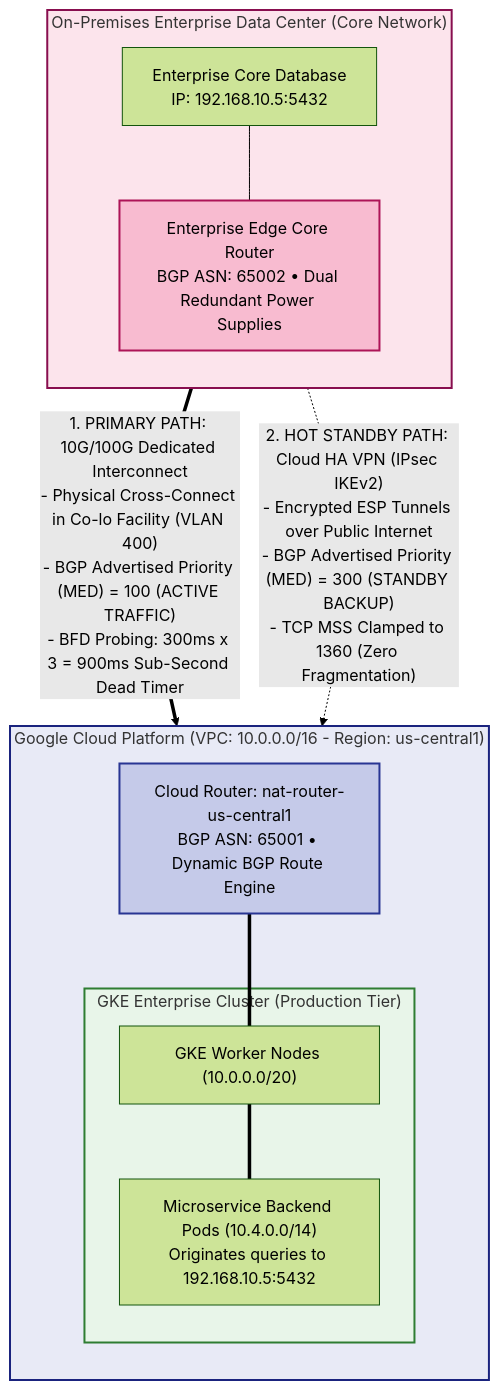
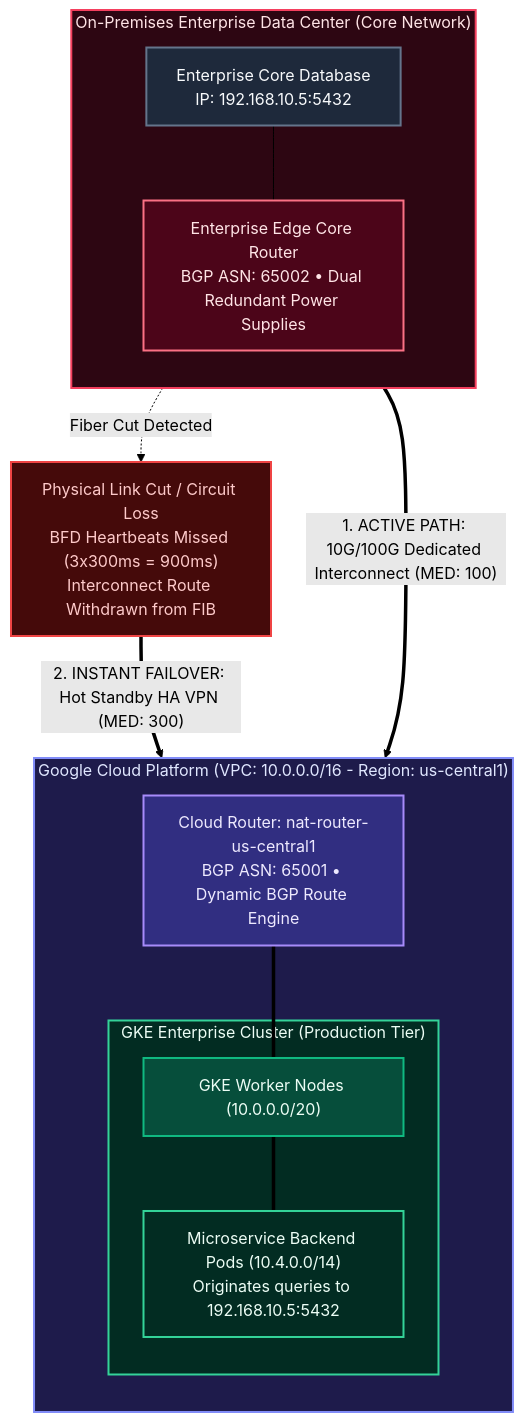
Diagram 11 of 15 in kubernetes/networking-shell-command.md (Chief-Strategist-J/gcd), drawn with Mermaid (forest theme) before and after one commit. The commit also changed other lines of this file, not shown here.

Commit message:
fix(mermaid): resolve syntax parse errors and apply dark theme colors with clear error pathways

````diff
--- a/kubernetes/networking-shell-command.md
+++ b/kubernetes/networking-shell-command.md
@@ -1686,32 +1706,38 @@
 ```mermaid
 graph TB
     subgraph ONPREM["On-Premises Enterprise Data Center (Core Network)"]
         direction TB
         OnPremRouter["Enterprise Edge Core Router<br/>BGP ASN: 65002 • Dual Redundant Power Supplies"]
         OnPremDB["Enterprise Core Database<br/>IP: 192.168.10.5:5432"]
         OnPremDB --- OnPremRouter
     end
 
     subgraph GCP["Google Cloud Platform (VPC: 10.0.0.0/16 - Region: us-central1)"]
         direction TB
         CloudRouter["Cloud Router: nat-router-us-central1<br/>BGP ASN: 65001 • Dynamic BGP Route Engine"]
         
         subgraph WORKLOADS["GKE Enterprise Cluster (Production Tier)"]
             GKENodes["GKE Worker Nodes (10.0.0.0/20)"]
             GKEPods["Microservice Backend Pods (10.4.0.0/14)<br/>Originates queries to 192.168.10.5:5432"]
             GKENodes === GKEPods
         end
 
         CloudRouter === GKENodes
     end
 
-    OnPremRouter == "1. PRIMARY PATH: 10G/100G Dedicated Interconnect<br/>- Physical Cross-Connect in Co-lo Facility (VLAN 400)<br/>- BGP Advertised Priority (MED) = 100 (ACTIVE TRAFFIC)<br/>- BFD Probing: 300ms x 3 = 900ms Sub-Second Dead Timer" ==> CloudRouter
+    InterconnectDown["Physical Link Cut / Circuit Loss<br/>BFD Heartbeats Missed (3x300ms = 900ms)<br/>Interconnect Route Withdrawn from FIB"]
 
-    OnPremRouter -. "2. HOT STANDBY PATH: Cloud HA VPN (IPsec IKEv2)<br/>- Encrypted ESP Tunnels over Public Internet<br/>- BGP Advertised Priority (MED) = 300 (STANDBY BACKUP)<br/>- TCP MSS Clamped to 1360 (Zero Fragmentation)" .-> CloudRouter
+    OnPremRouter == "1. ACTIVE PATH: 10G/100G Dedicated Interconnect (MED: 100)" ==> CloudRouter
+    OnPremRouter -.->|"Fiber Cut Detected"| InterconnectDown
+    InterconnectDown ==>|"2. INSTANT FAILOVER: Hot Standby HA VPN (MED: 300)"| CloudRouter
 
-    style ONPREM fill:#fce4ec,stroke:#880e4f,stroke-width:2px
-    style GCP fill:#e8eaf6,stroke:#1a237e,stroke-width:2px
-    style OnPremRouter fill:#f8bbd0,stroke:#ad1457,stroke-width:2px
-    style CloudRouter fill:#c5cae9,stroke:#283593,stroke-width:2px
-    style WORKLOADS fill:#e8f5e9,stroke:#2e7d32,stroke-width:2px
+    style ONPREM fill:#2d0612,stroke:#f43f5e,stroke-width:2px,color:#ffe4e6
+    style OnPremRouter fill:#4c0519,stroke:#fb7185,stroke-width:2px,color:#ffe4e6
+    style OnPremDB fill:#1e293b,stroke:#64748b,stroke-width:2px,color:#f8fafc
+    style GCP fill:#1e1b4b,stroke:#818cf8,stroke-width:2px,color:#e0e7ff
+    style CloudRouter fill:#312e81,stroke:#a78bfa,stroke-width:2px,color:#ede9fe
+    style WORKLOADS fill:#022c22,stroke:#34d399,stroke-width:2px,color:#ecfdf5
+    style GKENodes fill:#064e3b,stroke:#10b981,stroke-width:2px,color:#ecfdf5
+    style GKEPods fill:#022c22,stroke:#34d399,stroke-width:2px,color:#ecfdf5
+    style InterconnectDown fill:#450a0a,stroke:#ef4444,stroke-width:2px,color:#fecaca
 ```
````
